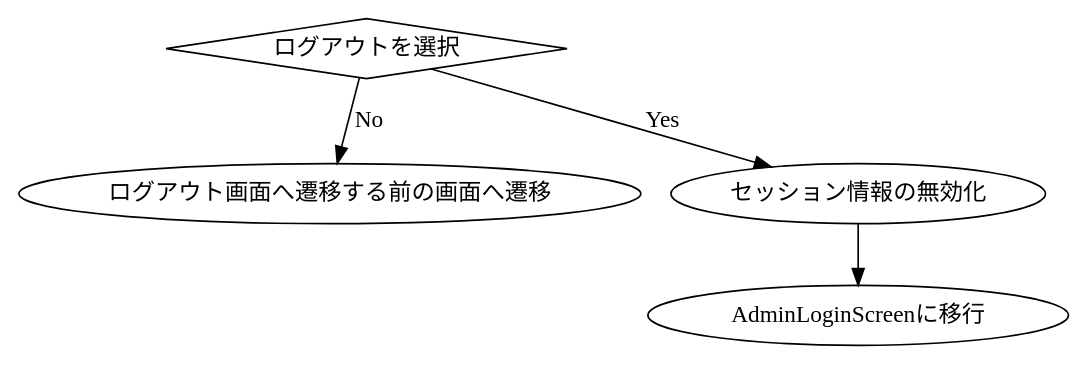
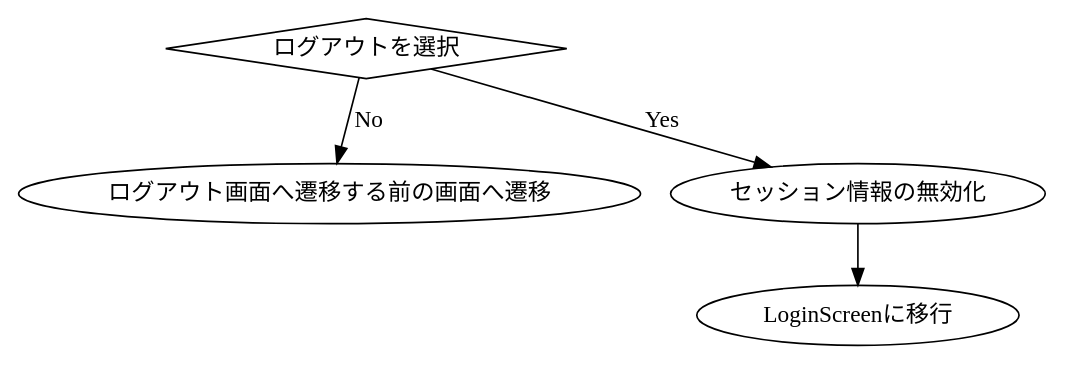
The diagram in dot/sato/AdminLogout.dot (KUT-Group12/internal_design), drawn with Graphviz before and after one commit. The commit also changed 94 other files, not shown here.

```diff
--- a/dot/sato/AdminLogout.dot
+++ b/dot/sato/AdminLogout.dot
@@ -1,13 +1,13 @@
 digraph G {
     #include "style.doth"
 
     branch[label = "ログアウトを選択", shape = diamond]
     no[label = "ログアウト画面へ遷移する前の画面へ遷移"]
     yes[label = "セッション情報の無効化"]
-    login[label = "AdminLoginScreenに移行"]
+    login[label = "LoginScreenに移行"]
 
 
     branch -> no [label = "No"]
     branch -> yes [label = "Yes"]
     yes -> login
 }
```
